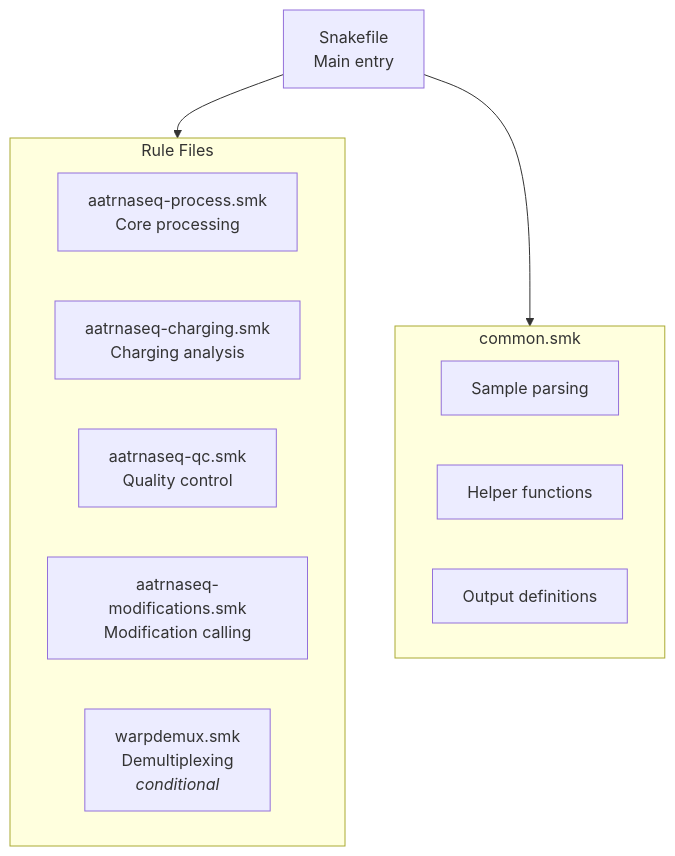
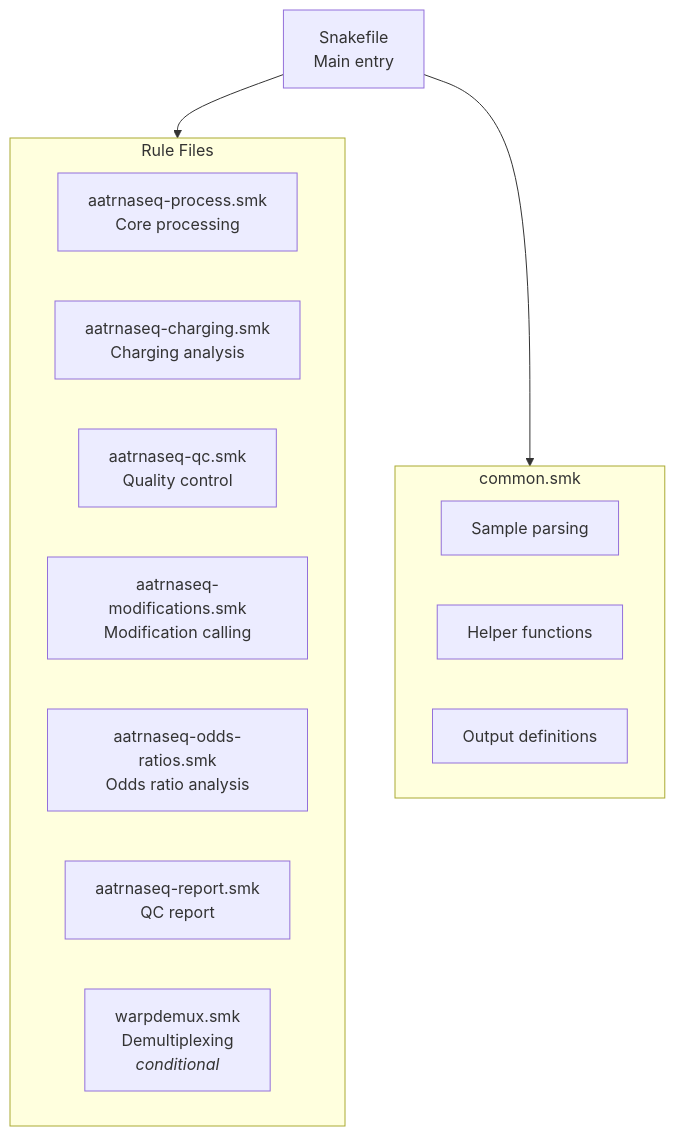
The first of 3 diagrams in docs/workflow/overview.md (rnabioco/aa-tRNA-seq-pipeline), drawn with Mermaid before and after one commit. The commit also changed other lines of this file and 5 other files, not shown here.

````diff
--- a/docs/workflow/overview.md
+++ b/docs/workflow/overview.md
@@ -9,19 +9,21 @@
 ```mermaid
 flowchart TB
     subgraph rules[Rule Files]
         A[aatrnaseq-process.smk<br/>Core processing]
         B[aatrnaseq-charging.smk<br/>Charging analysis]
         C[aatrnaseq-qc.smk<br/>Quality control]
         D[aatrnaseq-modifications.smk<br/>Modification calling]
+        OR[aatrnaseq-odds-ratios.smk<br/>Odds ratio analysis]
+        R[aatrnaseq-report.smk<br/>QC report]
         E[warpdemux.smk<br/>Demultiplexing<br/><i>conditional</i>]
     end
 
     subgraph common[common.smk]
         F[Sample parsing]
         G[Helper functions]
         H[Output definitions]
     end
 
     I[Snakefile<br/>Main entry] --> rules
     I --> common
 ```
````
